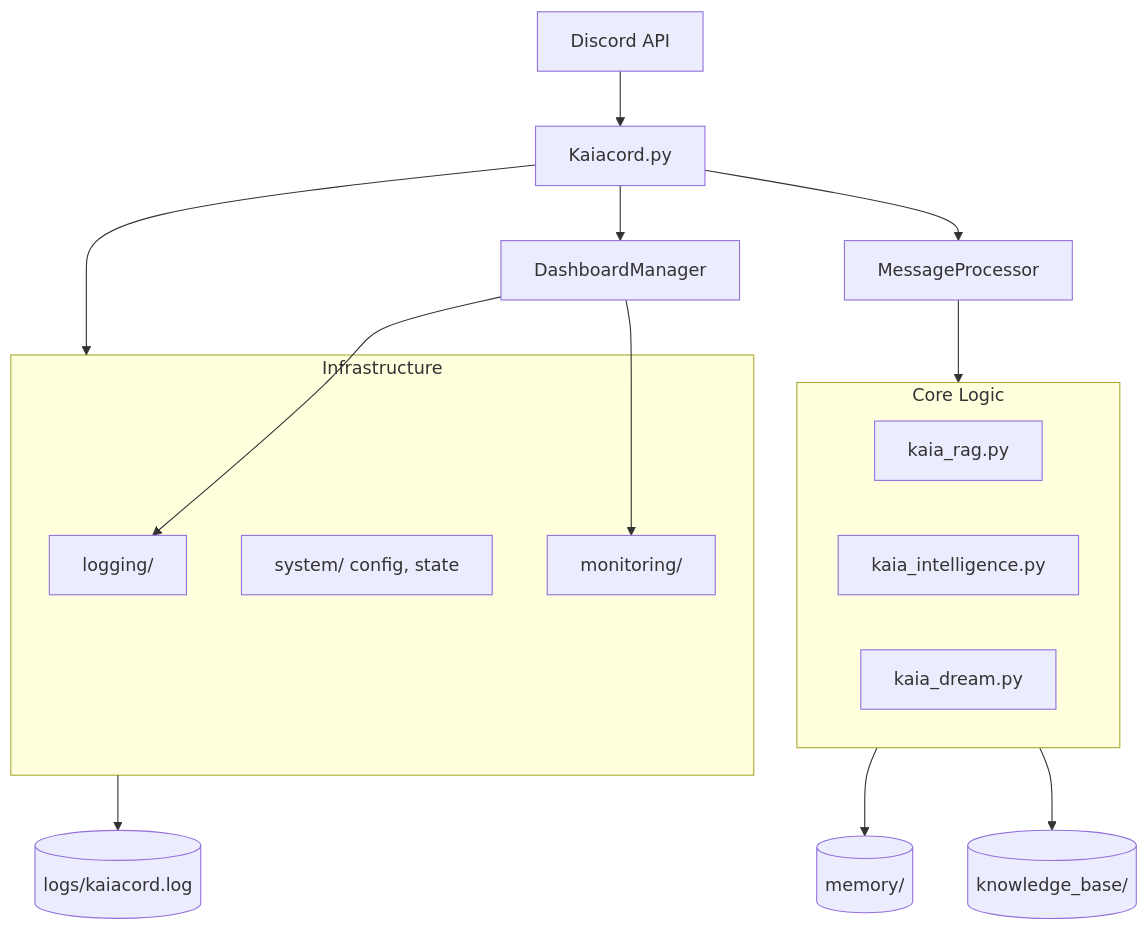
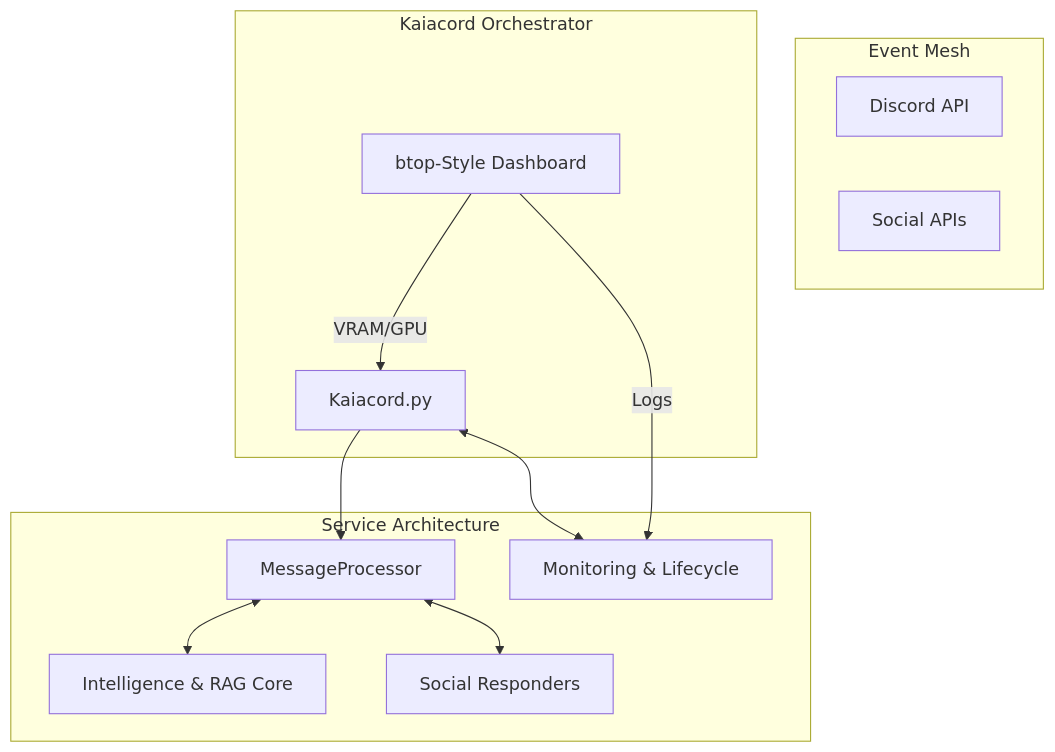
Before and after one commit to Ekco-S64QTN6/Kaiacord: the third of 3 diagrams in README.md, drawn with Mermaid. The commit also changed other lines of this file and 131 other files, not shown here.

````diff
--- a/README.md
+++ b/README.md
@@ -151,27 +135,24 @@
 ```mermaid
 graph TB
-    Discord[Discord API] --> Kaiacord[Kaiacord.py]
-    Kaiacord --> DM[DashboardManager]
-    Kaiacord --> MP[MessageProcessor]
+    subgraph External ["Event Mesh"]
+        Discord[Discord API]
+        Social[Social APIs]
+    end
+
+    subgraph Core ["Kaiacord Orchestrator"]
+        Main[Kaiacord.py]
+        Dashboard[btop-Style Dashboard]
+    end
+
+    subgraph Layers ["Service Architecture"]
+    %% Shortened name to prevent clipping
+        Main --> Proc[MessageProcessor]
+        Proc <--> CoreUtils[Intelligence & RAG Core]
+        Proc <--> SocialUtils[Social Responders]
+        Main <--> Infra[Monitoring & Lifecycle]
+    end
+
+    Dashboard --"VRAM/GPU"--> Main
+    Dashboard --"Logs"--> Infra
     
-    subgraph CoreLogic ["Core Logic"]
-        RAG[kaia_rag.py]
-        Intel[kaia_intelligence.py]
-        Dream[kaia_dream.py]
-    end
-    
-    subgraph Infra ["Infrastructure"]
-        Logging[logging/]
-        System["system/ config, state"]
-        Monitoring[monitoring/]
-    end
-    
-    MP --> CoreLogic
-    Kaiacord --> Infra
-    DM --> Logging
-    DM --> Monitoring
-    
-    Infra --> Logs[(logs/kaiacord.log)]
-    CoreLogic --> Memory[(memory/)]
-    CoreLogic --> KB[(knowledge_base/)]
 ```
````
